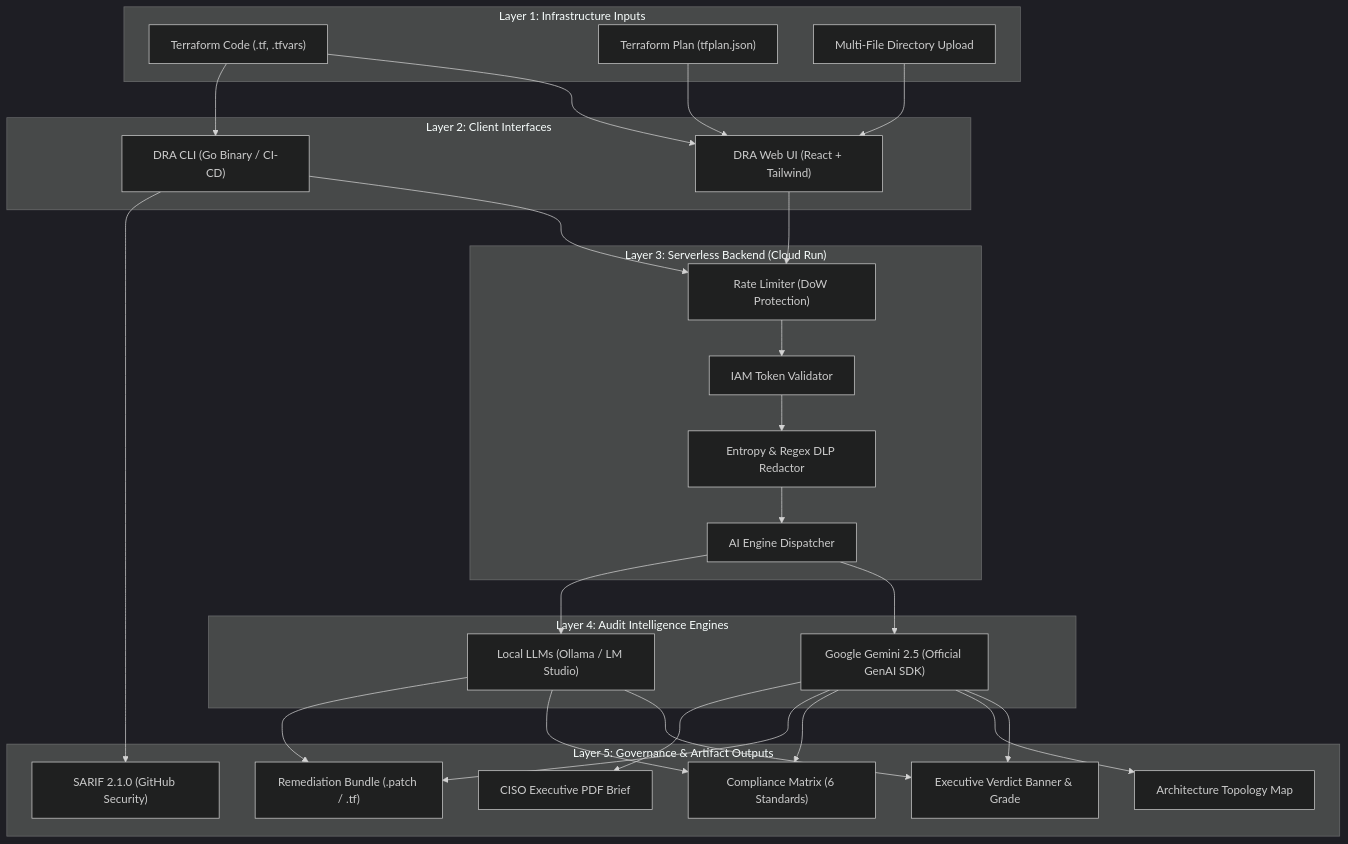
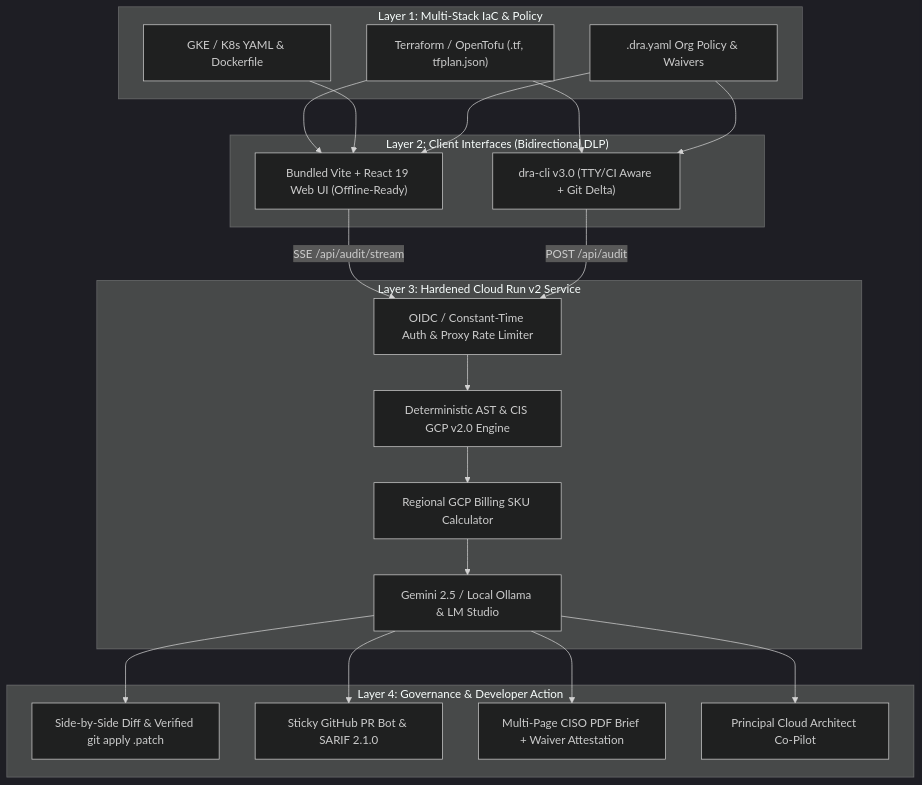
The diagram in README.md (damian-sztankowski/Deployment-Readiness-Auditor), drawn with Mermaid (dark theme) before and after one commit. The commit also changed other lines of this file and 66 other files, not shown here.

First line of the commit message:
feat: DRA v3.0 Hybrid AST+AI Platform Upgrade, Security Hardening & Cloud Run IaC (#30)

````diff
--- a/README.md
+++ b/README.md
@@ -74,60 +54,44 @@
 ```mermaid
 flowchart TD
-    subgraph S_Inputs["Layer 1: Infrastructure Inputs"]
-        TF["Terraform Code (.tf, .tfvars)"]
-        PLAN["Terraform Plan (tfplan.json)"]
-        DIR["Multi-File Directory Upload"]
+    subgraph Inputs["Layer 1: Multi-Stack IaC & Policy"]
+        TF["Terraform / OpenTofu (.tf, tfplan.json)"]
+        K8S["GKE / K8s YAML & Dockerfile"]
+        POL[".dra.yaml Org Policy & Waivers"]
     end
 
-    subgraph S_Client["Layer 2: Client Interfaces"]
-        WEB["DRA Web UI (React + Tailwind)"]
-        CLI["DRA CLI (Go Binary / CI-CD)"]
+    subgraph Clients["Layer 2: Client Interfaces (Bidirectional DLP)"]
+        WEB["Bundled Vite + React 19 Web UI (Offline-Ready)"]
+        CLI["dra-cli v3.0 (TTY/CI Aware + Git Delta)"]
     end
 
-    subgraph S_Backend["Layer 3: Serverless Backend (Cloud Run)"]
-        RATE["Rate Limiter (DoW Protection)"]
-        AUTH["IAM Token Validator"]
-        DLP["Entropy & Regex DLP Redactor"]
-        PROXY["AI Engine Dispatcher"]
+    subgraph Backend["Layer 3: Hardened Cloud Run v2 Service"]
+        SEC["OIDC / Constant-Time Auth & Proxy Rate Limiter"]
+        AST["Deterministic AST & CIS GCP v2.0 Engine"]
+        FIN["Regional GCP Billing SKU Calculator"]
+        AI["Gemini 2.5 / Local Ollama & LM Studio"]
     end
 
-    subgraph S_AI["Layer 4: Audit Intelligence Engines"]
-        GEMINI["Google Gemini 2.5 (Official GenAI SDK)"]
-        LOCAL["Local LLMs (Ollama / LM Studio)"]
-    end
-
-    subgraph S_Outputs["Layer 5: Governance & Artifact Outputs"]
-        VERDICT["Executive Verdict Banner & Grade"]
-        TOPOLOGY["Architecture Topology Map"]
-        COMPLIANCE["Compliance Matrix (6 Standards)"]
-        BUNDLE["Remediation Bundle (.patch / .tf)"]
-        PDF["CISO Executive PDF Brief"]
-        SARIF["SARIF 2.1.0 (GitHub Security)"]
+    subgraph Outputs["Layer 4: Governance & Developer Action"]
+        DIFF["Side-by-Side Diff & Verified git apply .patch"]
+        PR["Sticky GitHub PR Bot & SARIF 2.1.0"]
+        PDF["Multi-Page CISO PDF Brief + Waiver Attestation"]
+        CHAT["Principal Cloud Architect Co-Pilot"]
     end
 
     TF --> WEB
+    K8S --> WEB
+    POL --> WEB
     TF --> CLI
-    PLAN --> WEB
-    DIR --> WEB
+    POL --> CLI
 
-    WEB --> RATE
-    CLI --> RATE
-    RATE --> AUTH
-    AUTH --> DLP
-    DLP --> PROXY
+    WEB -->|SSE /api/audit/stream| SEC
+    CLI -->|POST /api/audit| SEC
+    SEC --> AST
+    AST --> FIN
+    FIN --> AI
 
-    PROXY --> GEMINI
-    PROXY --> LOCAL
-
-    GEMINI --> VERDICT
-    GEMINI --> TOPOLOGY
-    GEMINI --> COMPLIANCE
-    GEMINI --> BUNDLE
-    GEMINI --> PDF
-
-    LOCAL --> VERDICT
-    LOCAL --> COMPLIANCE
-    LOCAL --> BUNDLE
-
-    CLI --> SARIF
+    AI --> DIFF
+    AI --> PR
+    AI --> PDF
+    AI --> CHAT
 ```
````
